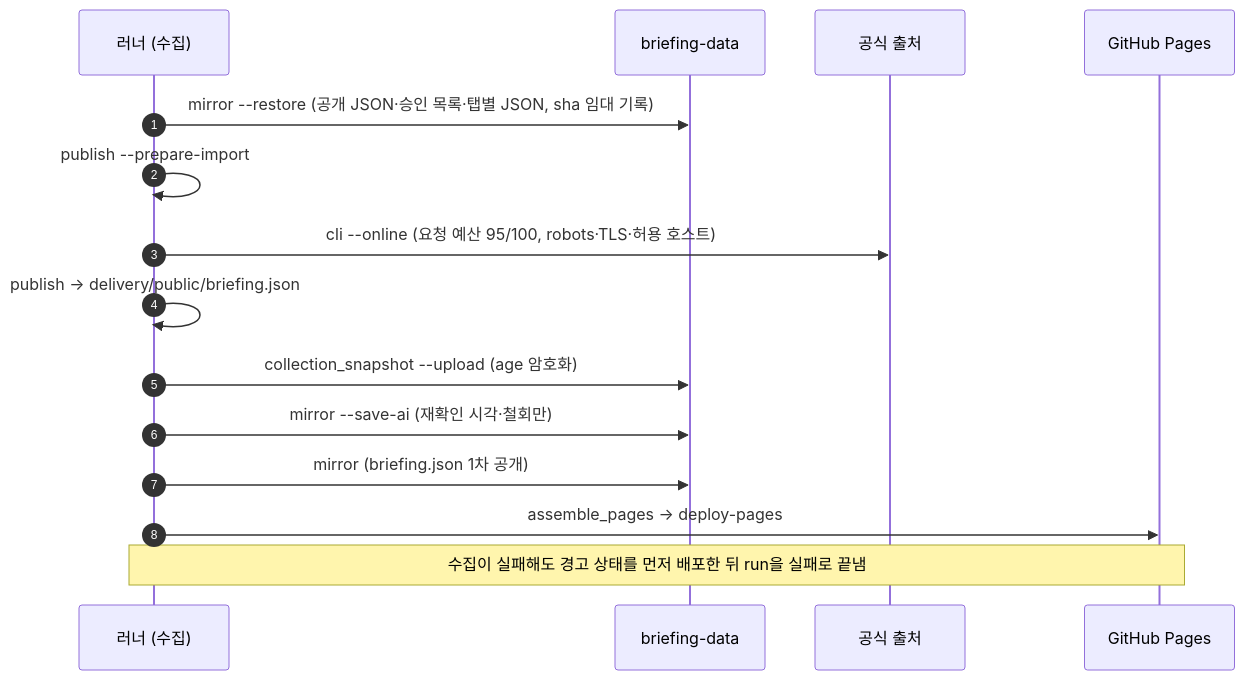
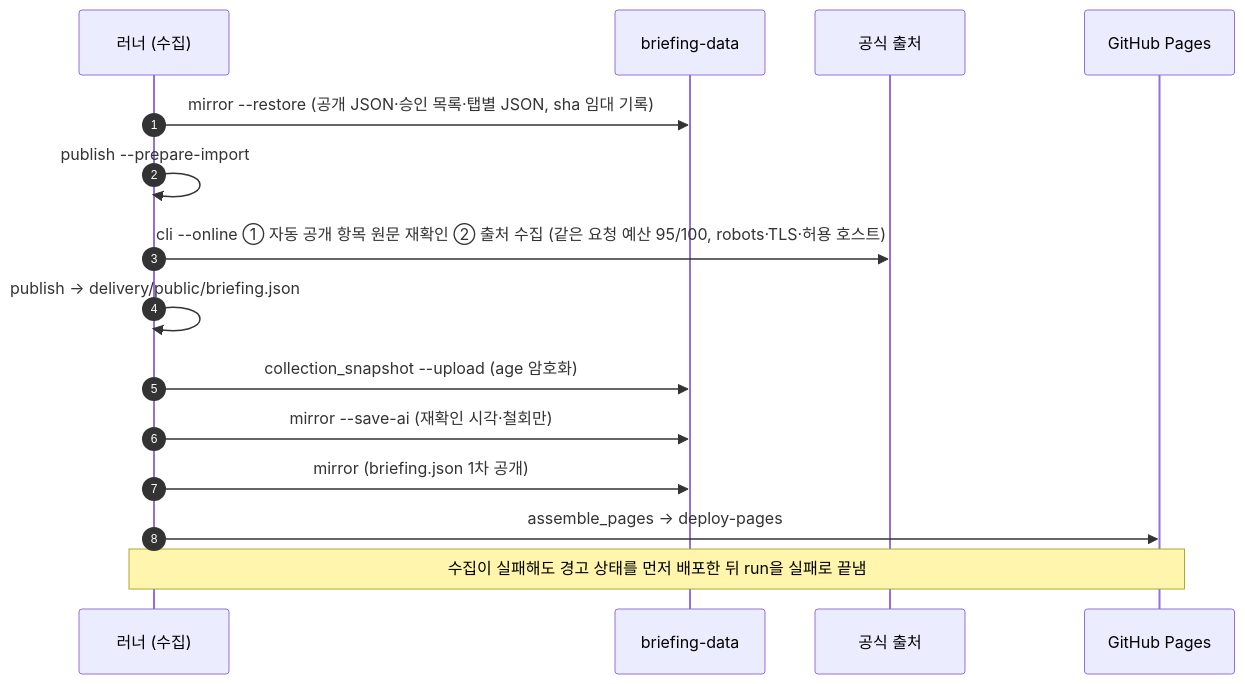
The seventh of 13 diagrams in docs/architecture.md (Kim-Taesu/benefit-monitor), drawn with Mermaid before and after one commit. The commit also changed other lines of this file and 3 other files, not shown here.

````diff
--- a/docs/architecture.md
+++ b/docs/architecture.md
@@ -237,17 +237,17 @@
 ```mermaid
 sequenceDiagram
   autonumber
   participant R as 러너 (수집)
   participant BD as briefing-data
   participant O as 공식 출처
   participant GP as GitHub Pages
   R->>BD: mirror --restore (공개 JSON·승인 목록·탭별 JSON, sha 임대 기록)
   R->>R: publish --prepare-import
-  R->>O: cli --online (요청 예산 95/100, robots·TLS·허용 호스트)
+  R->>O: cli --online ① 자동 공개 항목 원문 재확인 ② 출처 수집 (같은 요청 예산 95/100, robots·TLS·허용 호스트)
   R->>R: publish → delivery/public/briefing.json
   R->>BD: collection_snapshot --upload (age 암호화)
   R->>BD: mirror --save-ai (재확인 시각·철회만)
   R->>BD: mirror (briefing.json 1차 공개)
   R->>GP: assemble_pages → deploy-pages
   Note over R,GP: 수집이 실패해도 경고 상태를 먼저 배포한 뒤 run을 실패로 끝냄
 ```
````
